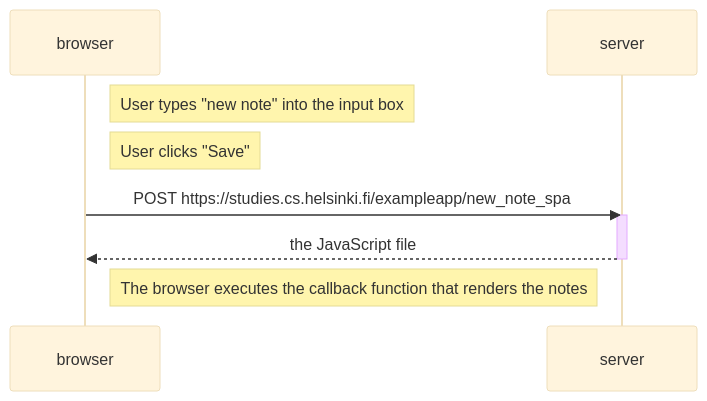
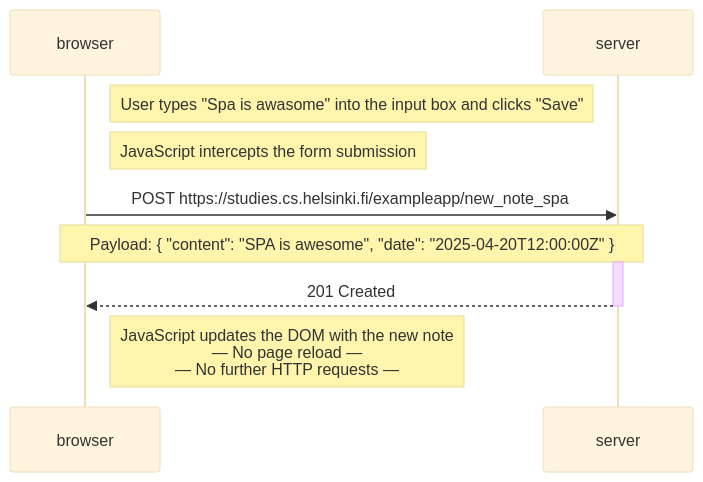
The diagram in 0.6_Spa_newNote.md (edgarMay/Part0), drawn with Mermaid (base theme) before and after one commit.

````diff
--- a/0.6_Spa_newNote.md
+++ b/0.6_Spa_newNote.md
@@ -1,16 +1,17 @@
 ```mermaid
 sequenceDiagram
     participant browser
     participant server
 
-    Note right of browser: User types "new note" into the input box
-    Note right of browser: User clicks "Save"
+    Note right of browser: User types "Spa is awasome" into the input box and clicks "Save"
+    Note right of browser: JavaScript intercepts the form submission
 
     browser->>server: POST https://studies.cs.helsinki.fi/exampleapp/new_note_spa
+    Note over browser,server: Payload: { "content": "SPA is awesome", "date": "2025-04-20T12:00:00Z" }
     activate server
-    server-->>browser: the JavaScript file
+    server-->>browser: 201 Created
     deactivate server
 
-    Note right of browser: The browser executes the callback function that renders the notes
+    Note right of browser: JavaScript updates the DOM with the new note<br>— No page reload —<br>— No further HTTP requests —
 
 ```
````
